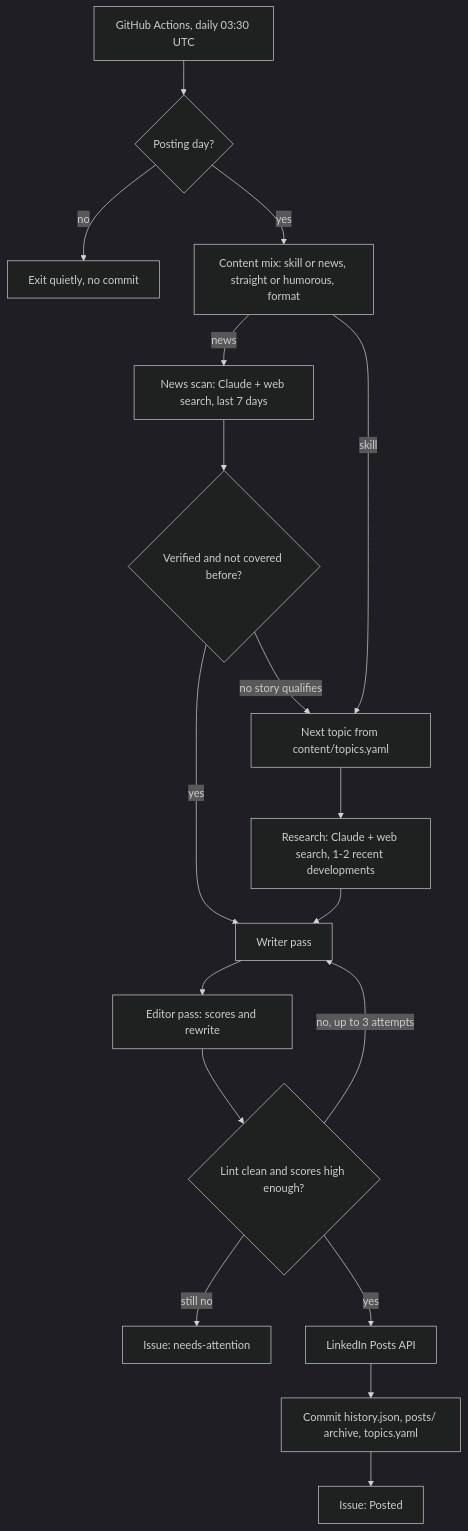
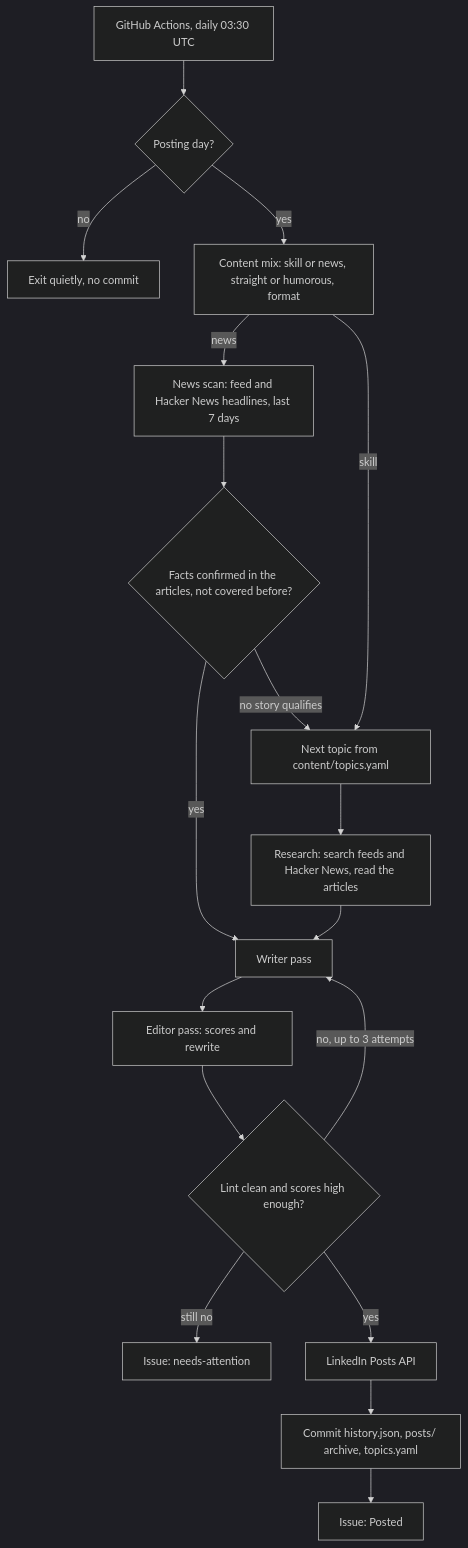
Before and after one commit to DragPhoenixOG/linkedin-ai-series-agent: the diagram in README.md, drawn with Mermaid (dark theme). The commit also changed other lines of this file and 24 other files, not shown here.

````diff
--- a/README.md
+++ b/README.md
@@ -32,20 +35,20 @@
 ```mermaid
 flowchart TD
     cron["GitHub Actions, daily 03:30 UTC"] --> sched{"Posting day?"}
     sched -- "no" --> skip["Exit quietly, no commit"]
     sched -- "yes" --> mix["Content mix: skill or news, straight or humorous, format"]
-    mix -- "news" --> scan["News scan: Claude + web search, last 7 days"]
-    scan --> verify{"Verified and not covered before?"}
+    mix -- "news" --> scan["News scan: feed and Hacker News headlines, last 7 days"]
+    scan --> verify{"Facts confirmed in the articles, not covered before?"}
     verify -- "no story qualifies" --> topic
     verify -- "yes" --> write
     mix -- "skill" --> topic["Next topic from content/topics.yaml"]
-    topic --> research["Research: Claude + web search, 1-2 recent developments"]
+    topic --> research["Research: search feeds and Hacker News, read the articles"]
     research --> write["Writer pass"]
     write --> edit["Editor pass: scores and rewrite"]
     edit --> lint{"Lint clean and scores high enough?"}
     lint -- "no, up to 3 attempts" --> write
     lint -- "still no" --> fail["Issue: needs-attention"]
     lint -- "yes" --> publish["LinkedIn Posts API"]
     publish --> record["Commit history.json, posts/ archive, topics.yaml"]
     record --> posted["Issue: Posted"]
 ```
````
